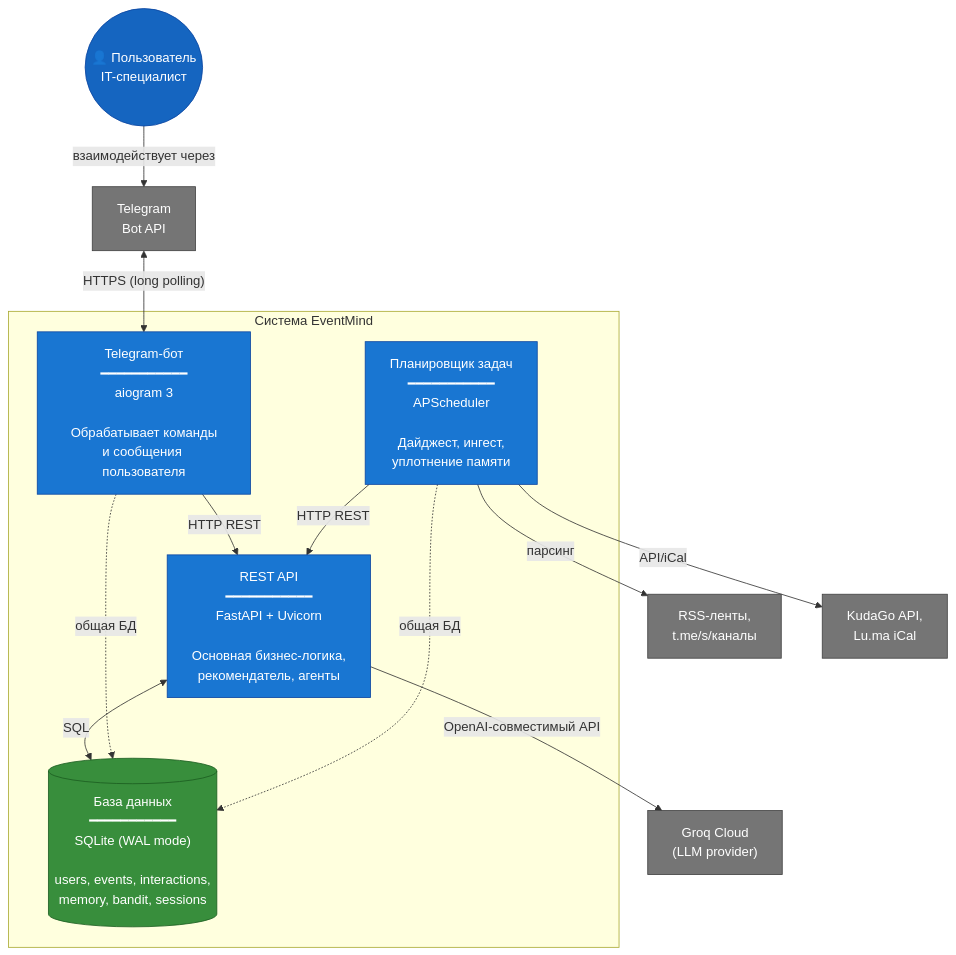
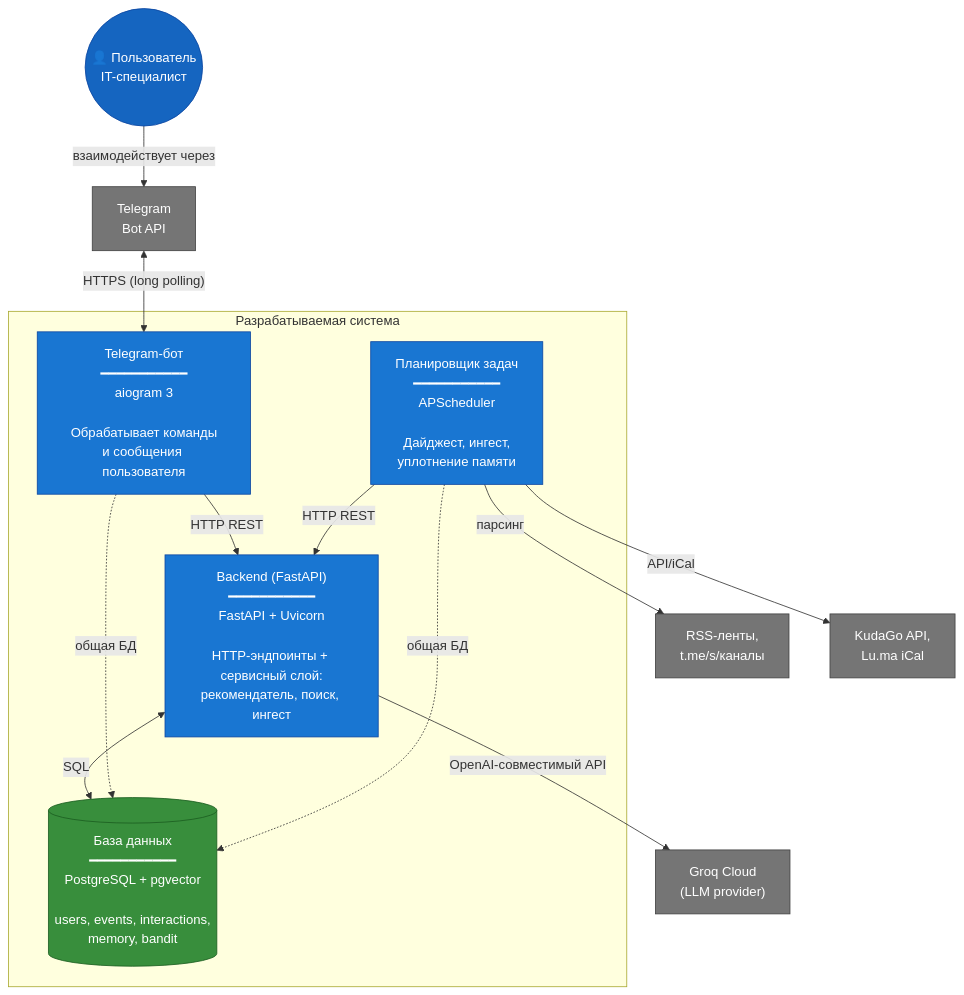
One commit to EgorBelov/event_mind changed the diagram in docs/diagrams/03_c4_containers.mmd. Above: the diagram before and after it, drawn with Mermaid. The commit also changed 15 other files, not shown here.

```diff
--- a/docs/diagrams/03_c4_containers.mmd
+++ b/docs/diagrams/03_c4_containers.mmd
@@ -1,39 +1,39 @@
 %%{init: {'theme':'default'}}%%
 flowchart TB
     classDef person fill:#1565c0,stroke:#0d47a1,color:#fff
     classDef container fill:#1976d2,stroke:#0d47a1,color:#fff
     classDef db fill:#388e3c,stroke:#1b5e20,color:#fff
     classDef ext fill:#757575,stroke:#424242,color:#fff
     classDef bg fill:#fafafa,stroke:#bdbdbd,color:#000
 
     USER(("👤 Пользователь<br/>IT-специалист"))
     class USER person
 
-    subgraph EVMIND["Система EventMind"]
+    subgraph EVMIND["Разрабатываемая система"]
         BOT["Telegram-бот<br/>━━━━━━━━━━━<br/>aiogram 3<br/><br/>Обрабатывает команды<br/>и сообщения пользователя"]
-        API["REST API<br/>━━━━━━━━━━━<br/>FastAPI + Uvicorn<br/><br/>Основная бизнес-логика,<br/>рекомендатель, агенты"]
+        API["Backend (FastAPI)<br/>━━━━━━━━━━━<br/>FastAPI + Uvicorn<br/><br/>HTTP-эндпоинты + сервисный слой:<br/>рекомендатель, поиск, ингест"]
         SCHED["Планировщик задач<br/>━━━━━━━━━━━<br/>APScheduler<br/><br/>Дайджест, ингест,<br/>уплотнение памяти"]
-        DB[("База данных<br/>━━━━━━━━━━━<br/>SQLite (WAL mode)<br/><br/>users, events, interactions,<br/>memory, bandit, sessions")]
+        DB[("База данных<br/>━━━━━━━━━━━<br/>PostgreSQL + pgvector<br/><br/>users, events, interactions,<br/>memory, bandit")]
     end
 
     class BOT,API,SCHED container
     class DB db
 
     TG["Telegram<br/>Bot API"]
     LLM["Groq Cloud<br/>(LLM provider)"]
     SRC1["RSS-ленты,<br/>t.me/s/каналы"]
     SRC2["KudaGo API,<br/>Lu.ma iCal"]
 
     class TG,LLM,SRC1,SRC2 ext
 
     USER -->|"взаимодействует через"| TG
     TG <-->|"HTTPS (long polling)"| BOT
     BOT -->|"HTTP REST"| API
     SCHED -->|"HTTP REST"| API
     API <-->|"SQL"| DB
     BOT -.->|"общая БД"| DB
     SCHED -.->|"общая БД"| DB
 
     API -->|"OpenAI-совместимый API"| LLM
     SCHED -->|"парсинг"| SRC1
     SCHED -->|"API/iCal"| SRC2
```
